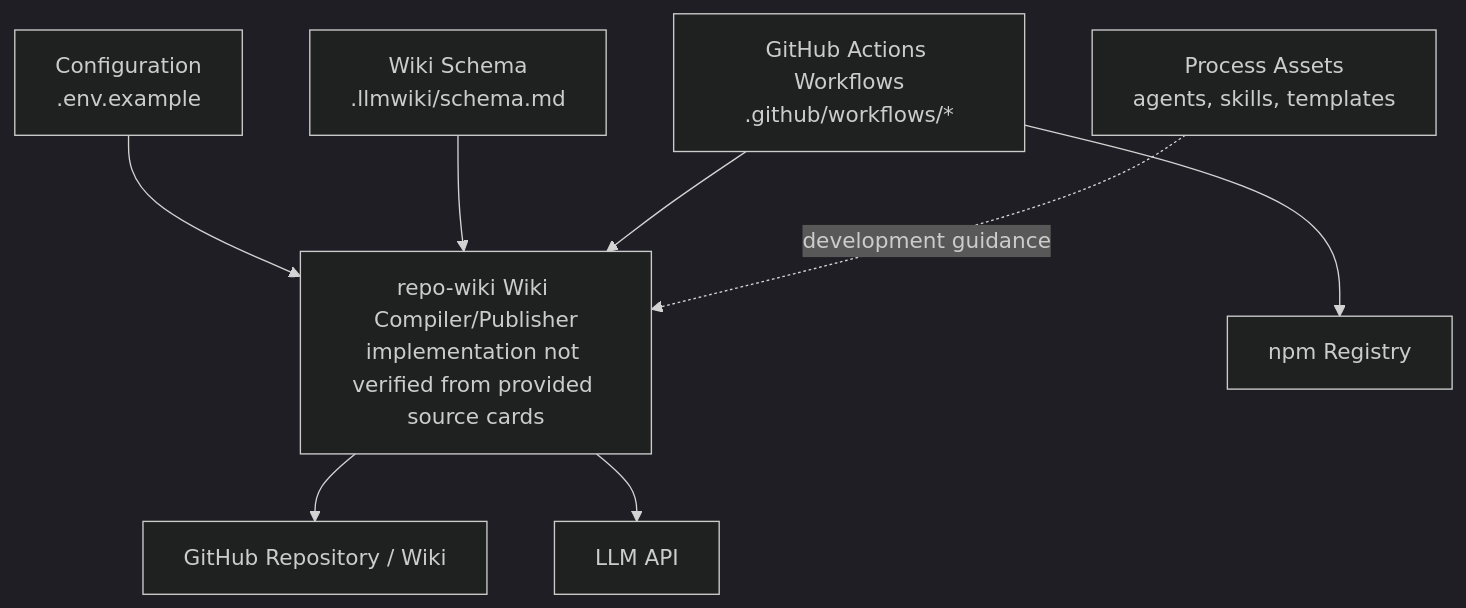
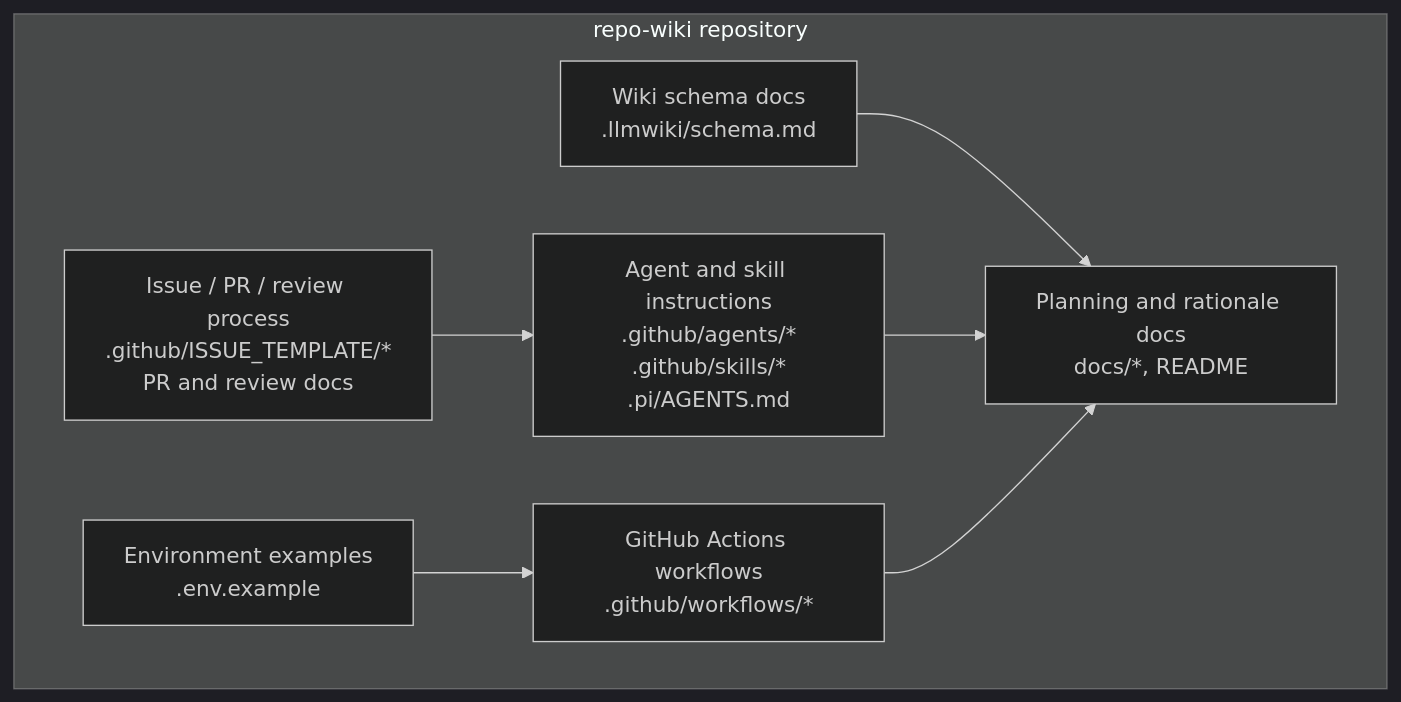
The second of 3 diagrams in Architecture.md (mfittko/repo-wiki), drawn with Mermaid (dark theme) before and after one commit. The commit also changed other lines of this file and 46 other files, not shown here.

Commit message:
Compile repository wiki 2026-06-13T09:49:49.146Z

````diff
--- a/Architecture.md
+++ b/Architecture.md
@@ -117,19 +161,17 @@
 ```mermaid
-flowchart TD
-  Config["Configuration\n.env.example"]
-  Workflows["GitHub Actions Workflows\n.github/workflows/*"]
-  WikiSchema["Wiki Schema\n.llmwiki/schema.md"]
-  ProcessDocs["Process Assets\nagents, skills, templates"]
-  WikiSystem["repo-wiki Wiki Compiler/Publisher\nimplementation not verified from provided source cards"]
-  ExternalGitHub["GitHub Repository / Wiki"]
-  ExternalLLM["LLM API"]
-  ExternalNPM["npm Registry"]
+flowchart TB
+  subgraph Repo["repo-wiki repository"]
+    Env["Environment examples<br/>.env.example"]
+    Schema["Wiki schema docs<br/>.llmwiki/schema.md"]
+    Workflows["GitHub Actions workflows<br/>.github/workflows/*"]
+    Templates["Issue / PR / review process<br/>.github/ISSUE_TEMPLATE/*<br/>PR and review docs"]
+    Agents["Agent and skill instructions<br/>.github/agents/*<br/>.github/skills/*<br/>.pi/AGENTS.md"]
+    Docs["Planning and rationale docs<br/>docs/*, README"]
+  end
 
-  Config --> WikiSystem
-  WikiSchema --> WikiSystem
-  Workflows --> WikiSystem
-  ProcessDocs -. "development guidance" .-> WikiSystem
-  WikiSystem --> ExternalGitHub
-  WikiSystem --> ExternalLLM
-  Workflows --> ExternalNPM
+  Env --> Workflows
+  Schema --> Docs
+  Templates --> Agents
+  Agents --> Docs
+  Workflows --> Docs
 ```
````
